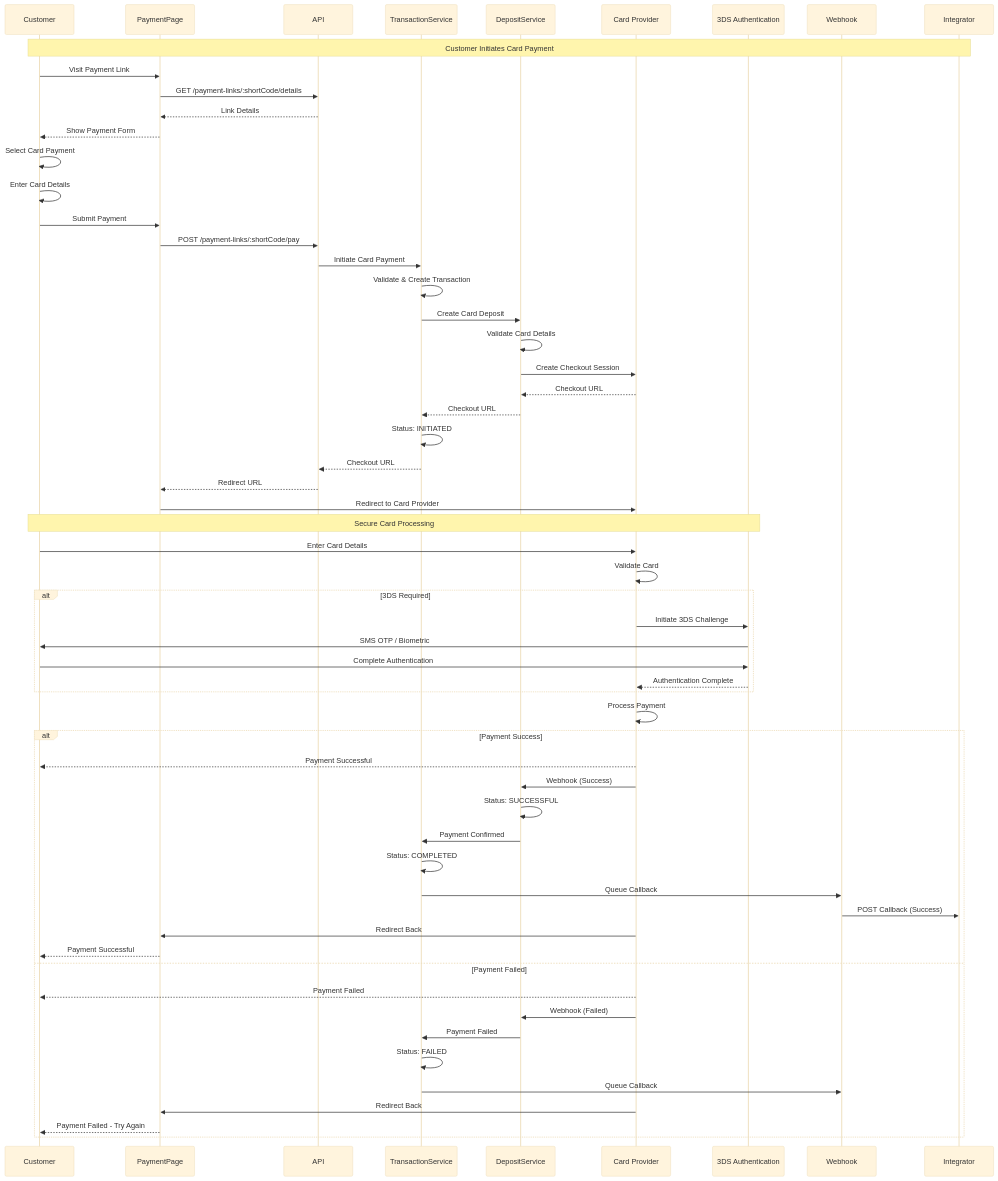
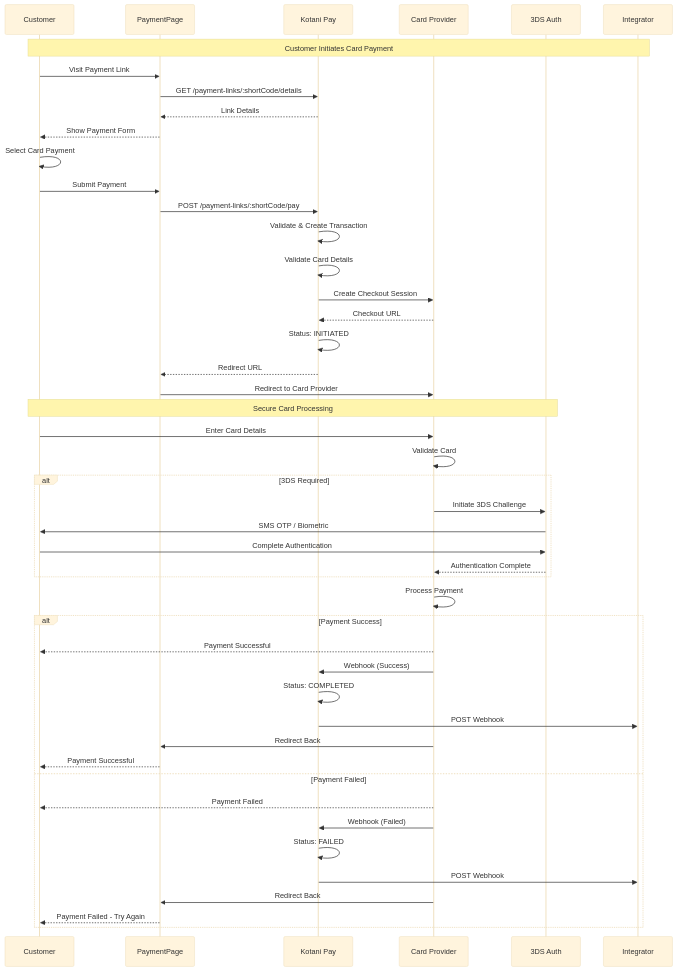
Before and after one commit to john-muinde/docs: the third of 5 diagrams in v3/flows/payment-links-flow.mdx, drawn with Mermaid (base theme). The commit also changed other lines of this file and 5 other files, not shown here.

````diff
--- a/v3/flows/payment-links-flow.mdx
+++ b/v3/flows/payment-links-flow.mdx
@@ -259,76 +220,62 @@
 ```mermaid
 sequenceDiagram
     participant Customer
     participant PaymentPage
-    participant API
-    participant TransactionService
-    participant DepositService
-    participant Provider as Card Provider
-    participant ThreeDS as 3DS Authentication
-    participant Webhook
+    participant Kotani Pay
+    participant Card as Card Provider
+    participant ThreeDS as 3DS Auth
     participant Integrator
 
     Note over Customer,Integrator: Customer Initiates Card Payment
 
     Customer->>PaymentPage: Visit Payment Link
-    PaymentPage->>API: GET /payment-links/:shortCode/details
-    API-->>PaymentPage: Link Details
+    PaymentPage->>Kotani Pay: GET /payment-links/:shortCode/details
+    Kotani Pay-->>PaymentPage: Link Details
     PaymentPage-->>Customer: Show Payment Form
 
     Customer->>Customer: Select Card Payment
-    Customer->>Customer: Enter Card Details
     Customer->>PaymentPage: Submit Payment
 
-    PaymentPage->>API: POST /payment-links/:shortCode/pay
-    API->>TransactionService: Initiate Card Payment
+    PaymentPage->>Kotani Pay: POST /payment-links/:shortCode/pay
+    Kotani Pay->>Kotani Pay: Validate & Create Transaction
+    Kotani Pay->>Kotani Pay: Validate Card Details
+    Kotani Pay->>Card: Create Checkout Session
+    Card-->>Kotani Pay: Checkout URL
+    Kotani Pay->>Kotani Pay: Status: INITIATED
+    Kotani Pay-->>PaymentPage: Redirect URL
 
-    TransactionService->>TransactionService: Validate & Create Transaction
-    TransactionService->>DepositService: Create Card Deposit
-
-    DepositService->>DepositService: Validate Card Details
-    DepositService->>Provider: Create Checkout Session
-    Provider-->>DepositService: Checkout URL
-    DepositService-->>TransactionService: Checkout URL
-    TransactionService->>TransactionService: Status: INITIATED
-    TransactionService-->>API: Checkout URL
-    API-->>PaymentPage: Redirect URL
-
-    PaymentPage->>Provider: Redirect to Card Provider
+    PaymentPage->>Card: Redirect to Card Provider
 
     Note over Customer,ThreeDS: Secure Card Processing
 
-    Customer->>Provider: Enter Card Details
-    Provider->>Provider: Validate Card
+    Customer->>Card: Enter Card Details
+    Card->>Card: Validate Card
 
     alt 3DS Required
-        Provider->>ThreeDS: Initiate 3DS Challenge
+        Card->>ThreeDS: Initiate 3DS Challenge
         ThreeDS->>Customer: SMS OTP / Biometric
         Customer->>ThreeDS: Complete Authentication
-        ThreeDS-->>Provider: Authentication Complete
+        ThreeDS-->>Card: Authentication Complete
     end
 
-    Provider->>Provider: Process Payment
+    Card->>Card: Process Payment
 
     alt Payment Success
-        Provider-->>Customer: Payment Successful
-        Provider->>DepositService: Webhook (Success)
-        DepositService->>DepositService: Status: SUCCESSFUL
-        DepositService->>TransactionService: Payment Confirmed
-        TransactionService->>TransactionService: Status: COMPLETED
-        TransactionService->>Webhook: Queue Callback
-        Webhook->>Integrator: POST Callback (Success)
+        Card-->>Customer: Payment Successful
+        Card->>Kotani Pay: Webhook (Success)
+        Kotani Pay->>Kotani Pay: Status: COMPLETED
+        Kotani Pay->>Integrator: POST Webhook
 
-        Provider->>PaymentPage: Redirect Back
+        Card->>PaymentPage: Redirect Back
         PaymentPage-->>Customer: Payment Successful
 
     else Payment Failed
-        Provider-->>Customer: Payment Failed
-        Provider->>DepositService: Webhook (Failed)
-        DepositService->>TransactionService: Payment Failed
-        TransactionService->>TransactionService: Status: FAILED
-        TransactionService->>Webhook: Queue Callback
+        Card-->>Customer: Payment Failed
+        Card->>Kotani Pay: Webhook (Failed)
+        Kotani Pay->>Kotani Pay: Status: FAILED
+        Kotani Pay->>Integrator: POST Webhook
 
-        Provider->>PaymentPage: Redirect Back
+        Card->>PaymentPage: Redirect Back
         PaymentPage-->>Customer: Payment Failed - Try Again
     end
 ```
````
